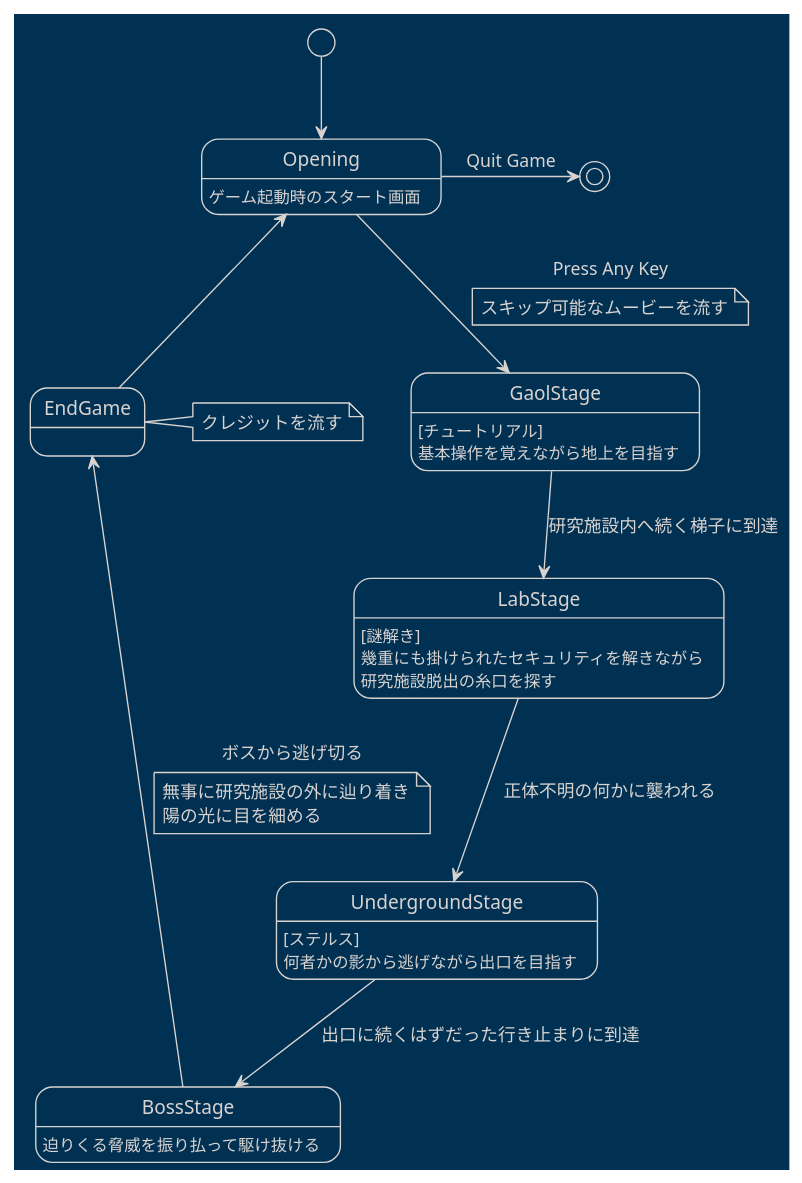
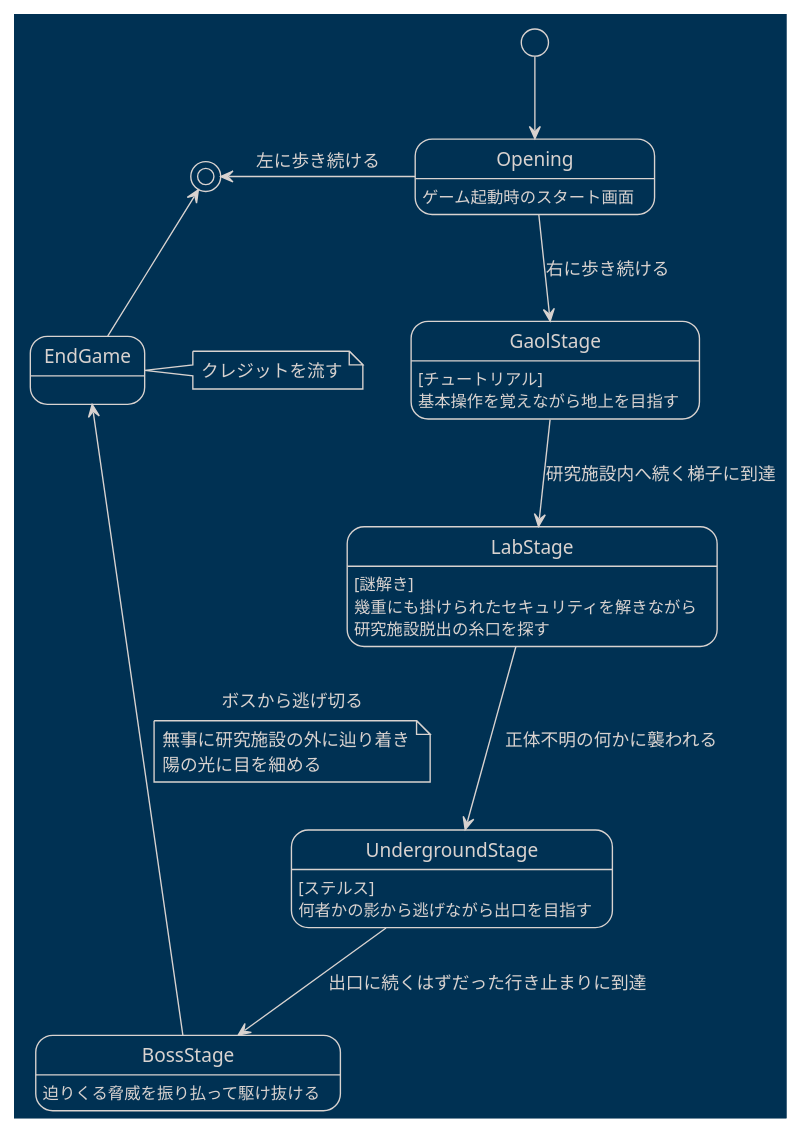
The diagram in docs/umls/StageTransition.pu (panno8M/Gamedev2022a), drawn with PlantUML before and after one commit. The commit also changed 4 other files, not shown here.

```diff
--- a/docs/umls/StageTransition.pu
+++ b/docs/umls/StageTransition.pu
@@ -1,40 +1,37 @@
 @startuml Stage Transition
 !theme blueprint
 
 
 [*] --> Opening
 
-Opening --> GaolStage : Press Any Key
-note on link
-  スキップ可能なムービーを流す
-end note
+Opening --> GaolStage : 右に歩き続ける
 GaolStage --> LabStage : 研究施設内へ続く梯子に到達
 LabStage --> UndergroundStage : 正体不明の何かに襲われる
 UndergroundStage --> BossStage : 出口に続くはずだった行き止まりに到達
-BossStage -l> EndGame : ボスから逃げ切る
+BossStage -u> EndGame : ボスから逃げ切る
 note on link
   無事に研究施設の外に辿り着き
   陽の光に目を細める
 end note
-EndGame -u-> Opening
-Opening -> [*] : Quit Game
+EndGame -u-> [*]
+Opening -l> [*] : 左に歩き続ける
 
 Opening : ゲーム起動時のスタート画面
 
 GaolStage : [チュートリアル]
 GaolStage : 基本操作を覚えながら地上を目指す
 
 LabStage : [謎解き]
 LabStage : 幾重にも掛けられたセキュリティを解きながら
 LabStage : 研究施設脱出の糸口を探す
 
 UndergroundStage : [ステルス]
 UndergroundStage : 何者かの影から逃げながら出口を目指す
 
 BossStage : 迫りくる脅威を振り払って駆け抜ける
 
 note right of EndGame
   クレジットを流す
 end note
 
 @enduml
```
